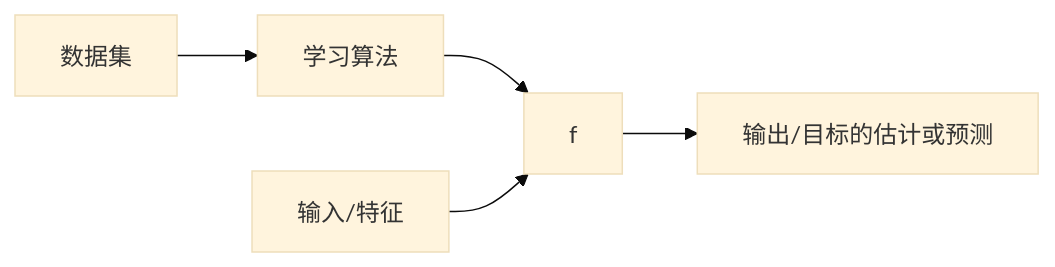
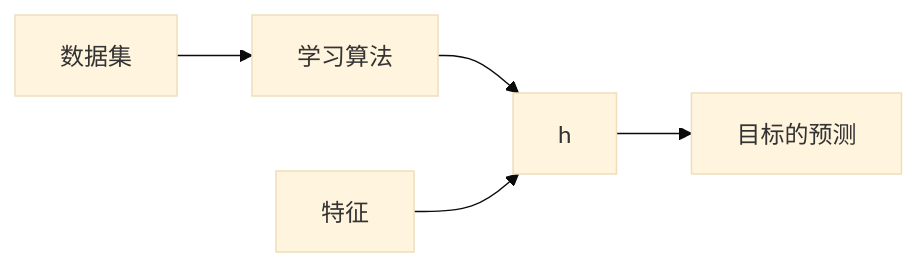
Before and after one commit to sigmax01/ml: the diagram in docs/算法/线性回归模型.md, drawn with Mermaid (base theme). The commit also changed other lines of this file, not shown here.

````diff
--- a/docs/算法/线性回归模型.md
+++ b/docs/算法/线性回归模型.md
@@ -56,7 +58,7 @@
 ``` mermaid
 graph LR
   A[数据集] --> B[学习算法];
   B --> D;
-  C[输入/特征] --> D[f];
-  D --> E[输出/目标的估计或预测]
+  C[特征] --> D[h];
+  D --> E[目标的预测]
 ```
````
